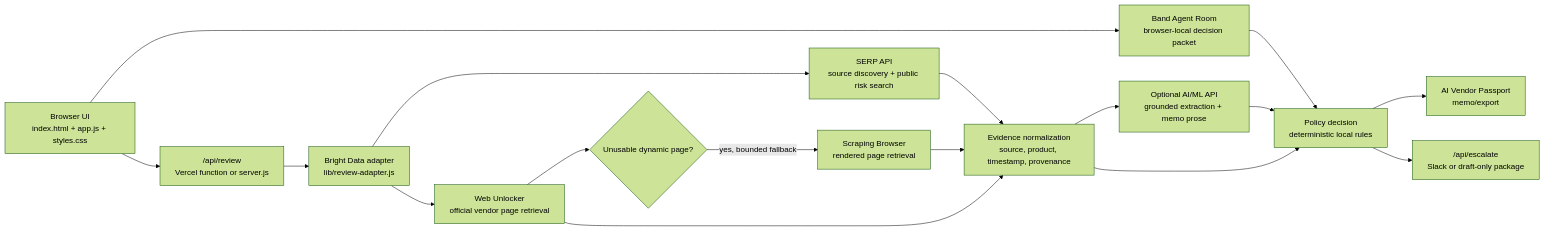
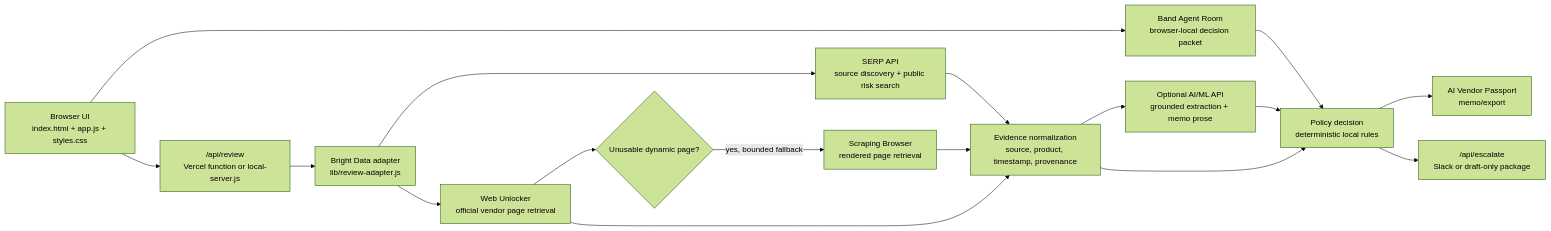
One commit to anilandcode/cleargate-ai changed the diagram in README.md. Above: the diagram before and after it, drawn with Mermaid (forest theme). The commit also changed other lines of this file and 10 other files, not shown here.

Commit message:
Stop Vercel from deploying local server

````diff
--- a/README.md
+++ b/README.md
@@ -83,19 +83,19 @@
 ```mermaid
 flowchart LR
   A["Browser UI<br/>index.html + app.js + styles.css"] --> M["Band Agent Room<br/>browser-local decision packet"]
-  A --> B["/api/review<br/>Vercel function or server.js"]
+  A --> B["/api/review<br/>Vercel function or local-server.js"]
   B --> C["Bright Data adapter<br/>lib/review-adapter.js"]
   C --> D["SERP API<br/>source discovery + public risk search"]
   C --> E["Web Unlocker<br/>official vendor page retrieval"]
   E --> I{"Unusable dynamic page?"}
   I -- "yes, bounded fallback" --> J["Scraping Browser<br/>rendered page retrieval"]
   D --> F["Evidence normalization<br/>source, product, timestamp, provenance"]
   E --> F
   J --> F
   F --> K["Optional AI/ML API<br/>grounded extraction + memo prose"]
   F --> G["Policy decision<br/>deterministic local rules"]
   M --> G
   K --> G
   G --> H["AI Vendor Passport<br/>memo/export"]
   G --> L["/api/escalate<br/>Slack or draft-only package"]
 ```
````
